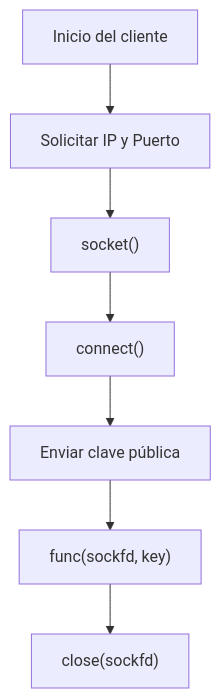
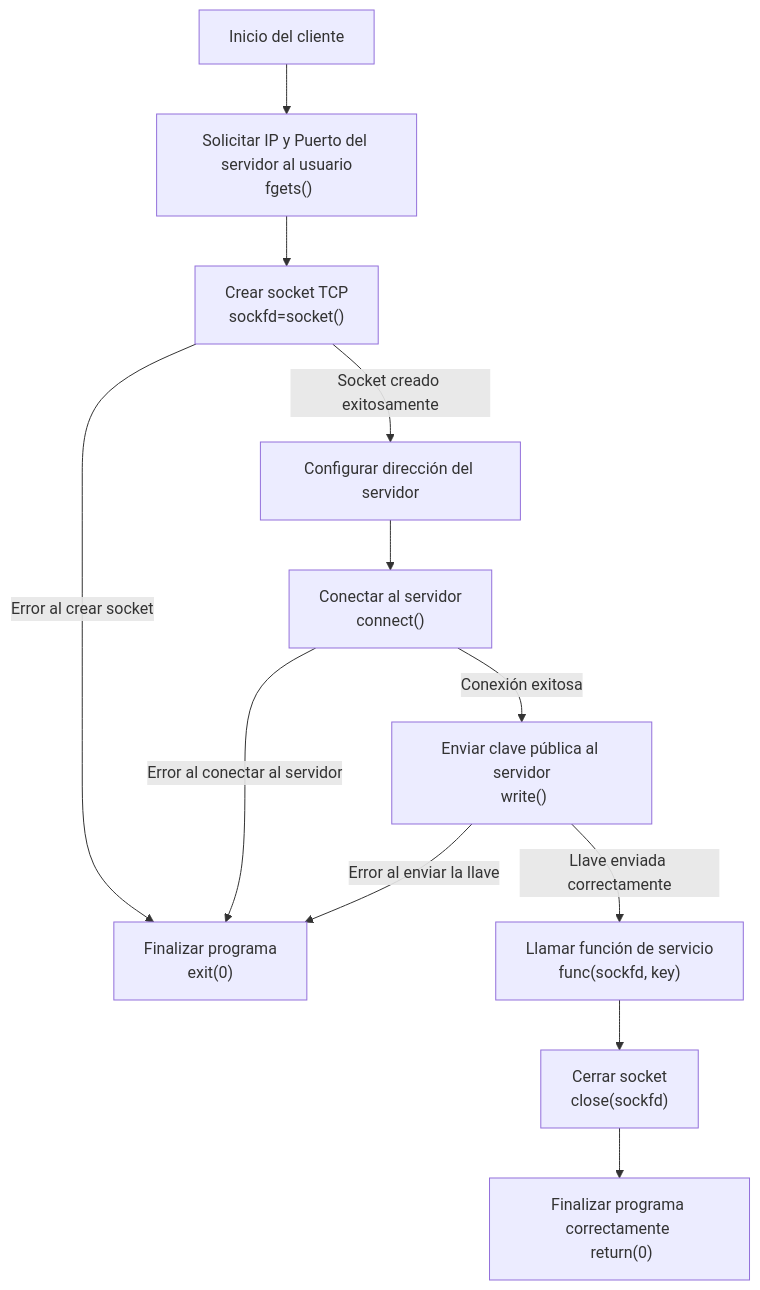
Before and after one commit to ascatena/Tcp-Client-Server-Network-Design: the third of 4 diagrams in README.md, drawn with Mermaid. The commit also changed other lines of this file, not shown here.

````diff
--- a/README.md
+++ b/README.md
@@ -232,10 +617,15 @@
-```mermaid
+``` mermaid
 graph TD
     A[Inicio del cliente]
-    A --> B["Solicitar IP y Puerto"]
-    B --> C["socket()"]
-    C --> D["connect()"]
-    D --> E["Enviar clave pública"]
-    E --> F["func(sockfd, key)"]
-    F --> G["close(sockfd)"]
+    A --> B["Solicitar IP y Puerto del servidor al usuario\n fgets()"]
+    B --> C["Crear socket TCP\n sockfd=socket()"]
+    C -->|Socket creado exitosamente| D[Configurar dirección del servidor]
+    C -->|Error al crear socket| Z["Finalizar programa\n exit(0)"]
+    D --> E["Conectar al servidor\n connect()"]
+    E -->|Conexión exitosa| F["Enviar clave pública al servidor\n write()"]
+    E -->|Error al conectar al servidor| Z
+    F -->|Llave enviada correctamente| G["Llamar función de servicio \n func(sockfd, key)"]
+    F -->|Error al enviar la llave| Z
+    G --> N["Cerrar socket\n close(sockfd)"]
+    N --> O["Finalizar programa correctamente \n return(0)"]
 ```
````
